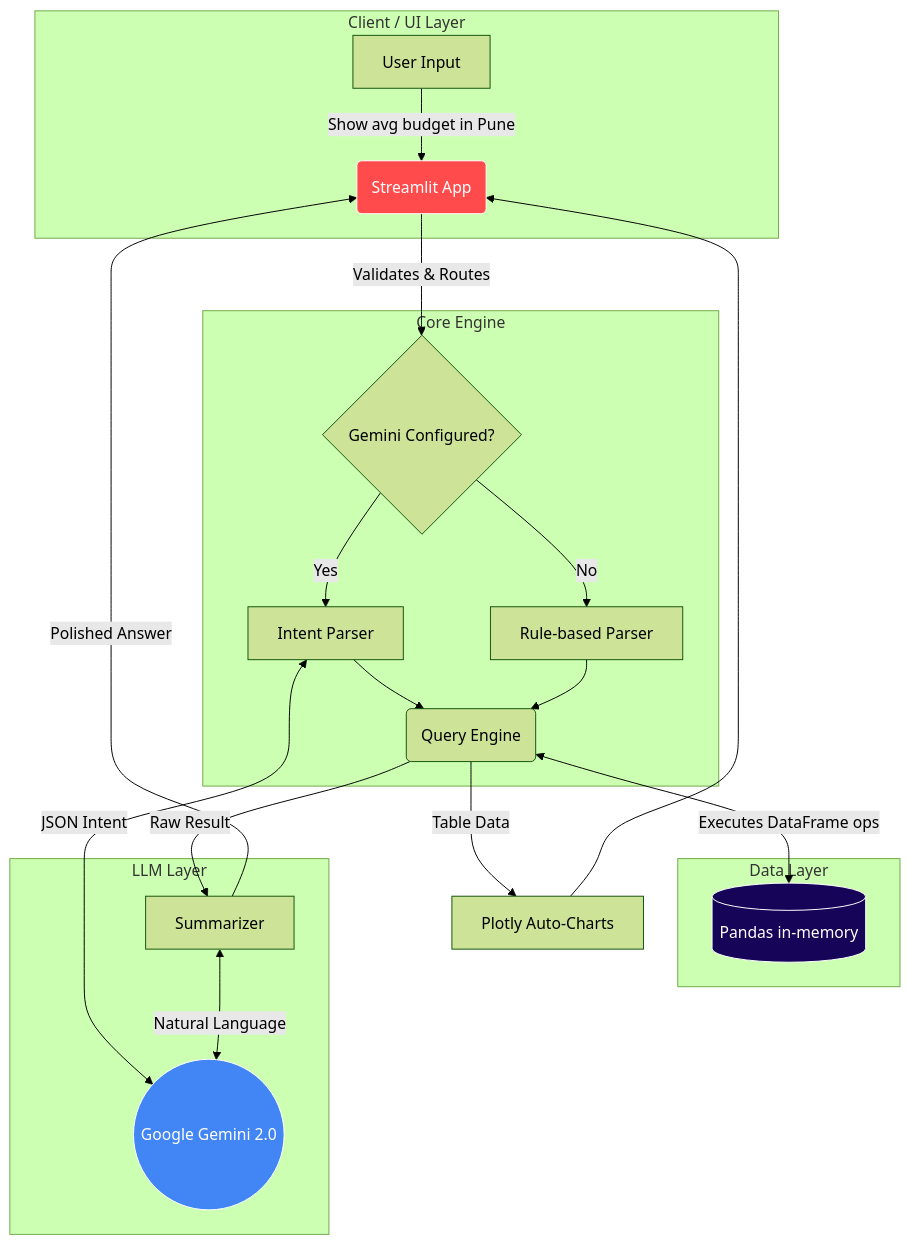
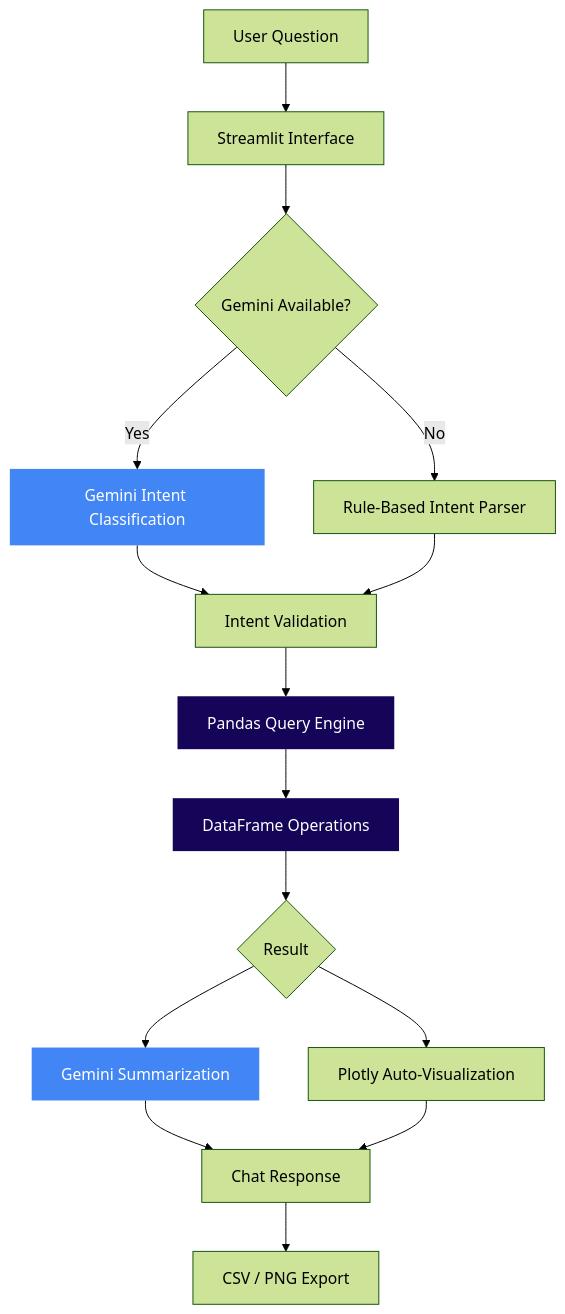
The diagram in README.md (AkankshaShirke3107/Customer-Data-AI-Assistant), drawn with Mermaid (forest theme) before and after one commit. The commit also changed other lines of this file, not shown here.

````diff
--- a/README.md
+++ b/README.md
@@ -73,32 +57,22 @@
 ```mermaid
 flowchart TD
-    subgraph UI [Client / UI Layer]
-        A[User Input] --> |"Show avg budget in Pune"| B(Streamlit App)
-    end
+    A[User Question] --> B[Streamlit Interface]
+    B --> C{Gemini Available?}
+    C -->|Yes| D[Gemini Intent Classification]
+    C -->|No| E[Rule-Based Intent Parser]
+    D --> F[Intent Validation]
+    E --> F
+    F --> G[Pandas Query Engine]
+    G --> H[DataFrame Operations]
+    H --> I{Result}
+    I --> J[Gemini Summarization]
+    I --> K[Plotly Auto-Visualization]
+    J --> L[Chat Response]
+    K --> L
+    L --> M[CSV / PNG Export]
 
-    subgraph Logic [Core Engine]
-        B --> |Validates & Routes| C{Gemini Configured?}
-        C --> |Yes| D[Intent Parser]
-        C --> |No| E[Rule-based Parser]
-        D --> F(Query Engine)
-        E --> F
-    end
-
-    subgraph Data [Data Layer]
-        F <--> |Executes DataFrame ops| G[(Pandas in-memory)]
-    end
-
-    subgraph External [LLM Layer]
-        D <--> |"JSON Intent"| H((Google Gemini 2.0))
-        I[Summarizer] <--> |"Natural Language"| H
-    end
-
-    F --> |"Raw Result"| I
-    I --> |"Polished Answer"| B
-    F --> |"Table Data"| J[Plotly Auto-Charts]
-    J --> B
-
-    style H fill:#4285F4,color:#fff,stroke:#fff
-    style G fill:#150458,color:#fff,stroke:#fff
-    style B fill:#FF4B4B,color:#fff,stroke:#fff
+    style D fill:#4285F4,color:#fff,stroke:none
+    style J fill:#4285F4,color:#fff,stroke:none
+    style G fill:#150458,color:#fff,stroke:none
+    style H fill:#150458,color:#fff,stroke:none
 ```
````
